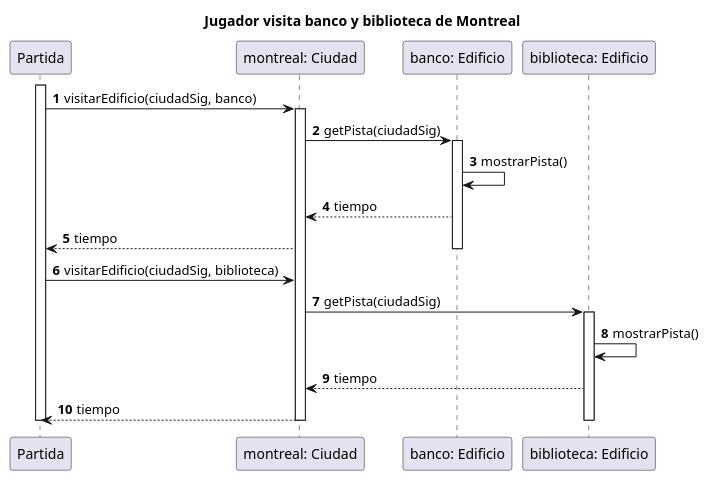
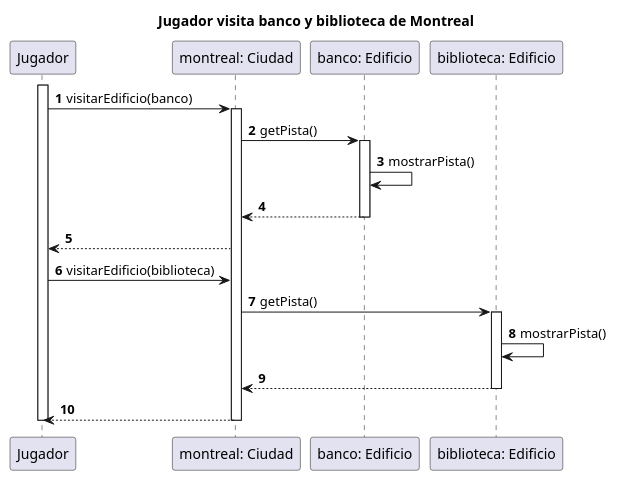
Before and after one commit to alexguttlein/TP2-CarmenSandiego: the diagram in diagrams/sequences/Entrega1/casoUso2.puml, drawn with PlantUML. The commit also changed 20 other files, not shown here.

```diff
--- a/diagrams/sequences/Entrega1/casoUso2.puml
+++ b/diagrams/sequences/Entrega1/casoUso2.puml
@@ -1,27 +1,25 @@
 @startuml
 
 autonumber
 title "Jugador visita banco y biblioteca de Montreal"
-activate Partida
-Partida -> "montreal: Ciudad": visitarEdificio(ciudadSig, banco)
+activate Jugador
+Jugador -> "montreal: Ciudad": visitarEdificio(banco)
 activate "montreal: Ciudad"
-"montreal: Ciudad" -> "banco: Edificio": getPista(ciudadSig)
+"montreal: Ciudad" -> "banco: Edificio": getPista()
 activate "banco: Edificio"
 "banco: Edificio" -> "banco: Edificio": mostrarPista()
-"banco: Edificio" --> "montreal: Ciudad": tiempo
-"montreal: Ciudad" --> Partida: tiempo
+"banco: Edificio" --> "montreal: Ciudad"
 deactivate "banco: Edificio"
+"montreal: Ciudad" --> Jugador
 
-Partida -> "montreal: Ciudad": visitarEdificio(ciudadSig, biblioteca)
-"montreal: Ciudad" -> "biblioteca: Edificio": getPista(ciudadSig)
+Jugador -> "montreal: Ciudad": visitarEdificio(biblioteca)
+"montreal: Ciudad" -> "biblioteca: Edificio": getPista()
 activate "biblioteca: Edificio"
 "biblioteca: Edificio" -> "biblioteca: Edificio": mostrarPista()
-"biblioteca: Edificio" --> "montreal: Ciudad": tiempo
-"montreal: Ciudad" --> Partida: tiempo
-
+"biblioteca: Edificio" --> "montreal: Ciudad"
 deactivate "biblioteca: Edificio"
+"montreal: Ciudad" --> Jugador
 deactivate "montreal: Ciudad"
-deactivate Partida
-
+deactivate Jugador
 
 @enduml
```
